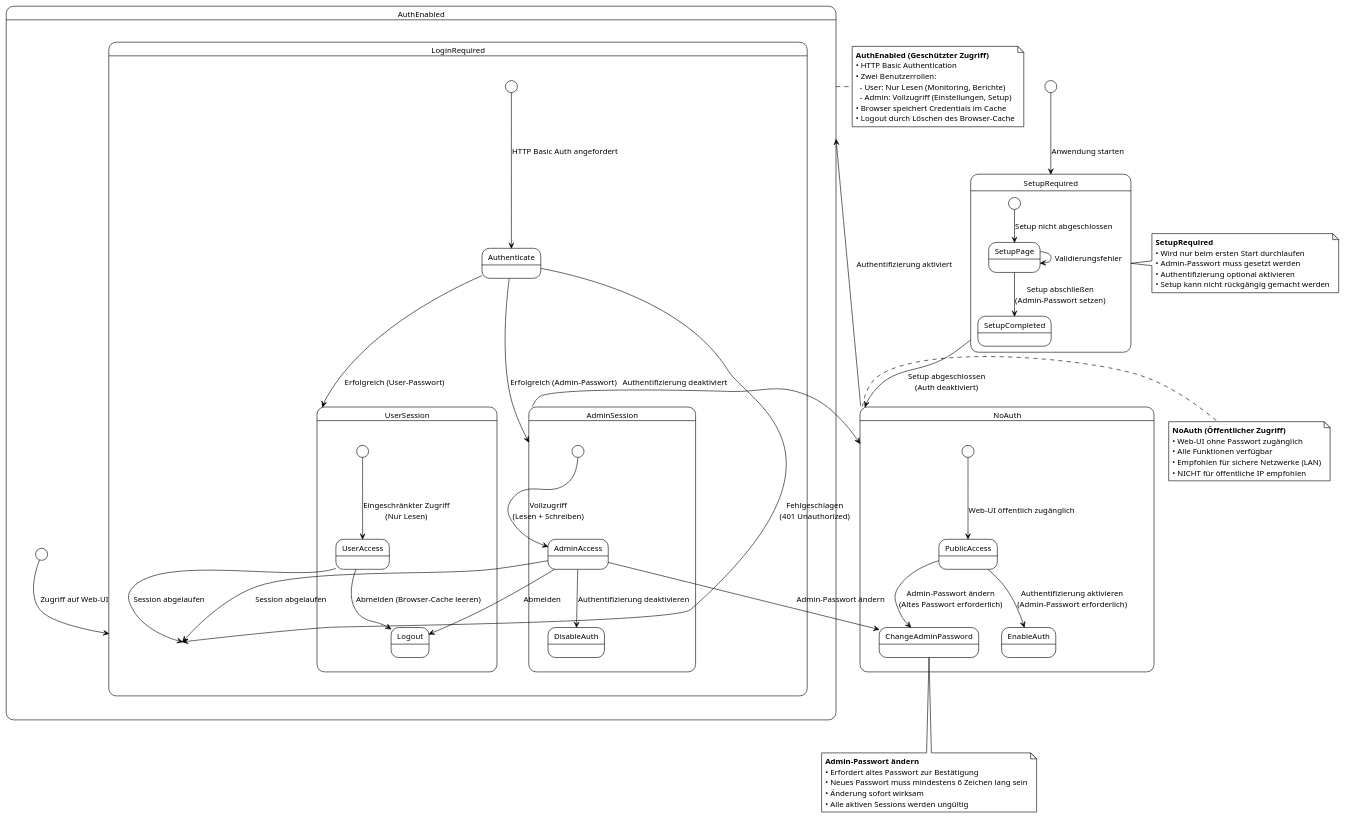
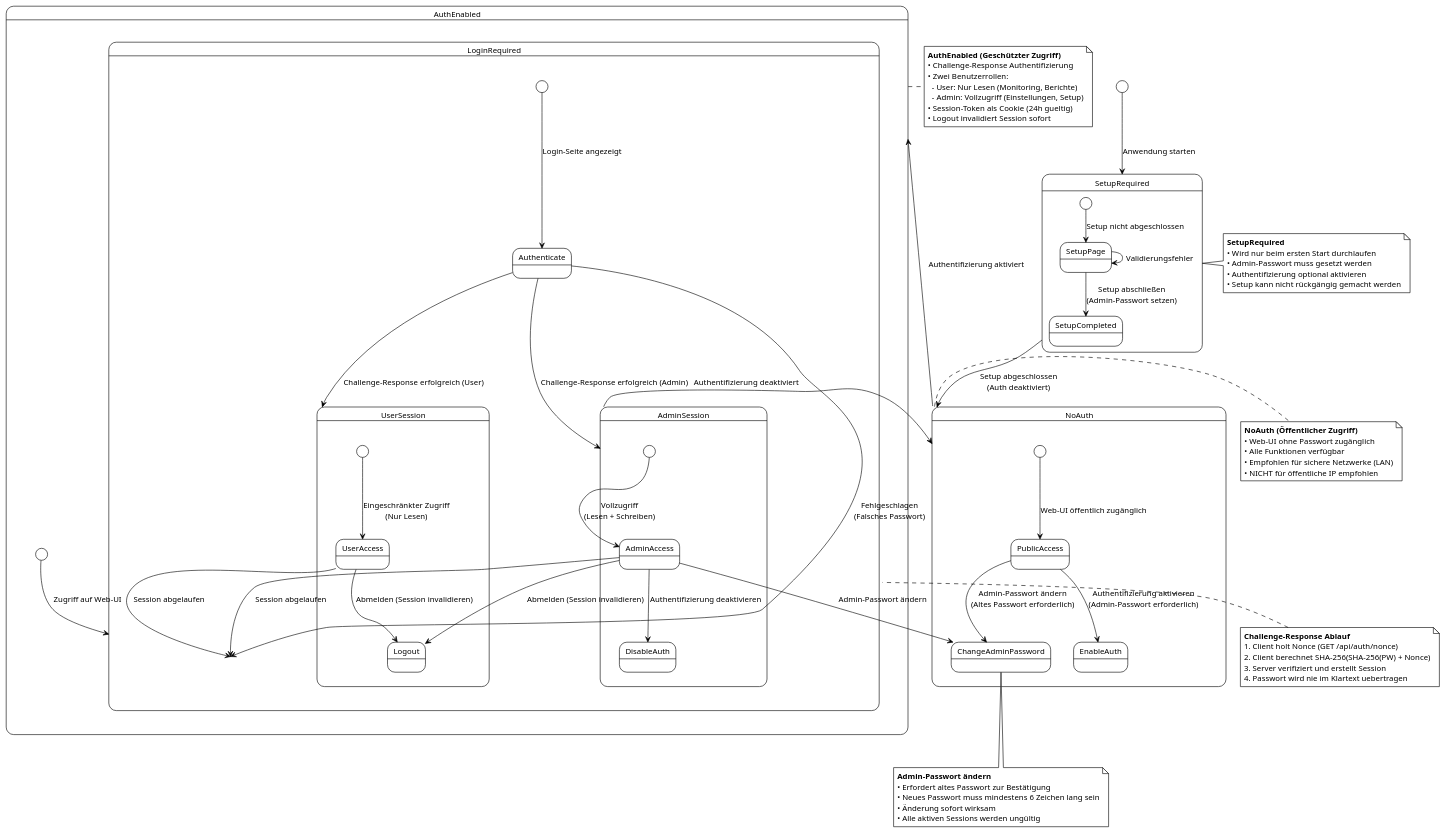
One commit to matthili/SignalReport changed the diagram in docs/diagrams/state-diagram-auth.puml. Above: the diagram before and after it, drawn with PlantUML. The commit also changed 28 other files, not shown here.

Commit message:
New security concept implemented. Tests expanded. Diagrams and documentation updated. Zip archives provided for easy installation.

```diff
--- a/docs/diagrams/state-diagram-auth.puml
+++ b/docs/diagrams/state-diagram-auth.puml
@@ -1,88 +1,95 @@
-@startuml SignalReport - State-Diagramm Authentifizierung
+@startuml SignalReport - State-Diagramm Challenge-Response Authentifizierung (SHA-256)
 !theme plain
 skinparam stateFontSize 13
 skinparam state {
   BackgroundColor White
   BorderColor Black
   FontColor Black
 }
 
 [*] --> SetupRequired : Anwendung starten
 
 state SetupRequired {
   [*] --> SetupPage : Setup nicht abgeschlossen
   SetupPage --> SetupCompleted : Setup abschließen\n(Admin-Passwort setzen)
   SetupPage --> SetupPage : Validierungsfehler
 }
 
 SetupRequired --> NoAuth : Setup abgeschlossen\n(Auth deaktiviert)
 
 state NoAuth {
   [*] --> PublicAccess : Web-UI öffentlich zugänglich
   PublicAccess --> EnableAuth : Authentifizierung aktivieren\n(Admin-Passwort erforderlich)
   PublicAccess --> ChangeAdminPassword : Admin-Passwort ändern\n(Altes Passwort erforderlich)
 }
 
 NoAuth --> AuthEnabled : Authentifizierung aktiviert
 
 state AuthEnabled {
   [*] --> LoginRequired : Zugriff auf Web-UI
 
   state LoginRequired {
-    [*] --> Authenticate : HTTP Basic Auth angefordert
-    Authenticate --> UserSession : Erfolgreich (User-Passwort)
-    Authenticate --> AdminSession : Erfolgreich (Admin-Passwort)
-    Authenticate --> LoginRequired : Fehlgeschlagen\n(401 Unauthorized)
+    [*] --> Authenticate : Login-Seite angezeigt
+    Authenticate --> UserSession : Challenge-Response erfolgreich (User)
+    Authenticate --> AdminSession : Challenge-Response erfolgreich (Admin)
+    Authenticate --> LoginRequired : Fehlgeschlagen\n(Falsches Passwort)
   }
 
   state UserSession {
     [*] --> UserAccess : Eingeschränkter Zugriff\n(Nur Lesen)
-    UserAccess --> Logout : Abmelden (Browser-Cache leeren)
+    UserAccess --> Logout : Abmelden (Session invalidieren)
     UserAccess --> LoginRequired : Session abgelaufen
   }
 
   state AdminSession {
     [*] --> AdminAccess : Vollzugriff\n(Lesen + Schreiben)
     AdminAccess --> ChangeAdminPassword : Admin-Passwort ändern
     AdminAccess --> DisableAuth : Authentifizierung deaktivieren
-    AdminAccess --> Logout : Abmelden
+    AdminAccess --> Logout : Abmelden (Session invalidieren)
     AdminAccess --> LoginRequired : Session abgelaufen
   }
 
   AdminSession --> NoAuth : Authentifizierung deaktiviert
 }
 
 note right of SetupRequired
   **SetupRequired**
   • Wird nur beim ersten Start durchlaufen
   • Admin-Passwort muss gesetzt werden
   • Authentifizierung optional aktivieren
   • Setup kann nicht rückgängig gemacht werden
 end note
 
 note right of NoAuth
   **NoAuth (Öffentlicher Zugriff)**
   • Web-UI ohne Passwort zugänglich
   • Alle Funktionen verfügbar
   • Empfohlen für sichere Netzwerke (LAN)
   • NICHT für öffentliche IP empfohlen
 end note
 
 note right of AuthEnabled
   **AuthEnabled (Geschützter Zugriff)**
-  • HTTP Basic Authentication
+  • Challenge-Response Authentifizierung
   • Zwei Benutzerrollen:
     - User: Nur Lesen (Monitoring, Berichte)
     - Admin: Vollzugriff (Einstellungen, Setup)
-  • Browser speichert Credentials im Cache
-  • Logout durch Löschen des Browser-Cache
+  • Session-Token als Cookie (24h gueltig)
+  • Logout invalidiert Session sofort
 end note
 
 note bottom of ChangeAdminPassword
   **Admin-Passwort ändern**
   • Erfordert altes Passwort zur Bestätigung
   • Neues Passwort muss mindestens 6 Zeichen lang sein
   • Änderung sofort wirksam
   • Alle aktiven Sessions werden ungültig
 end note
+note left of LoginRequired
+  **Challenge-Response Ablauf**
+  1. Client holt Nonce (GET /api/auth/nonce)
+  2. Client berechnet SHA-256(SHA-256(PW) + Nonce)
+  3. Server verifiziert und erstellt Session
+  4. Passwort wird nie im Klartext uebertragen
+end note
 @enduml
```
